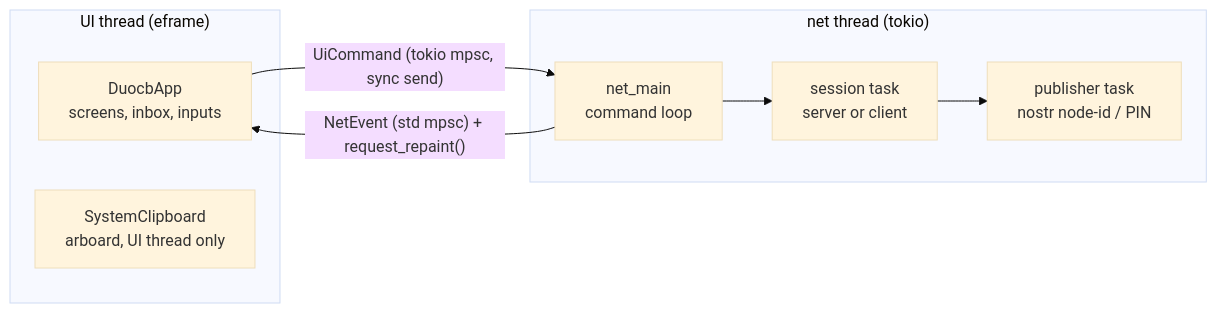
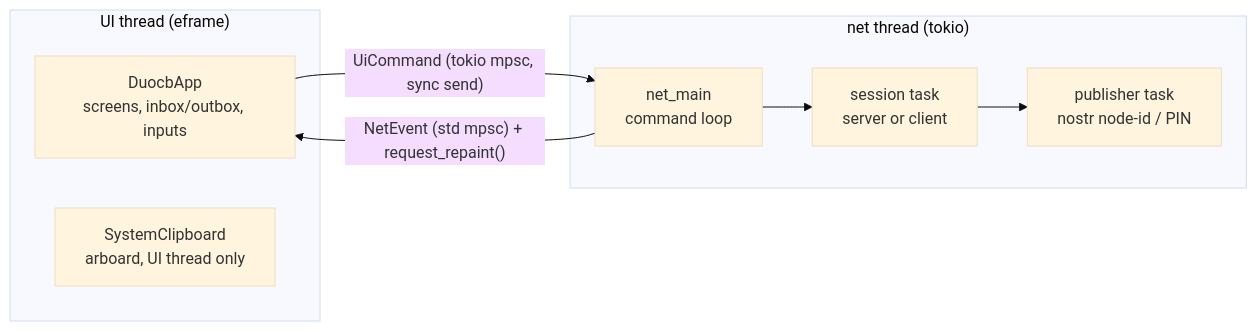
Before and after one commit to andrewtheguy/duocb: the diagram in docs/ARCHITECTURE.md, drawn with Mermaid (base theme). The commit also changed other lines of this file and 1 other file, not shown here.

First line of the commit message:
Update docs for single-stream protocol, on-demand conn path, inbox/outbox

````diff
--- a/docs/ARCHITECTURE.md
+++ b/docs/ARCHITECTURE.md
@@ -49,16 +49,16 @@
 ```mermaid
 graph LR
     subgraph "UI thread (eframe)"
-        A[DuocbApp<br/>screens, inbox, inputs]
+        A[DuocbApp<br/>screens, inbox/outbox, inputs]
         CB[SystemClipboard<br/>arboard, UI thread only]
     end
     subgraph "net thread (tokio)"
         M[net_main<br/>command loop]
         S[session task<br/>server or client]
         P[publisher task<br/>nostr node-id / PIN]
     end
     A -- "UiCommand (tokio mpsc, sync send)" --> M
     M -- "NetEvent (std mpsc) + request_repaint()" --> A
     M --> S
     S --> P
 ```
````
